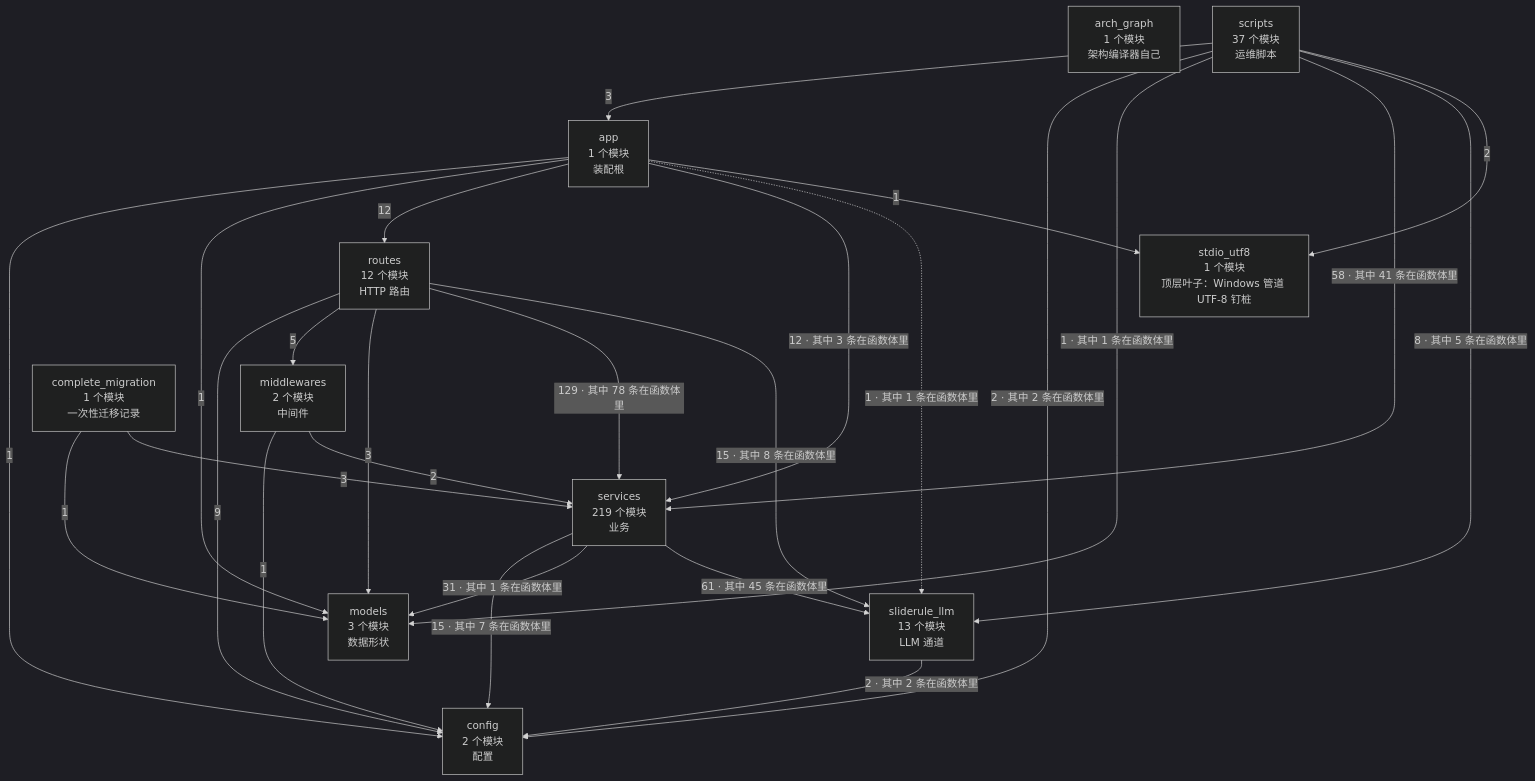
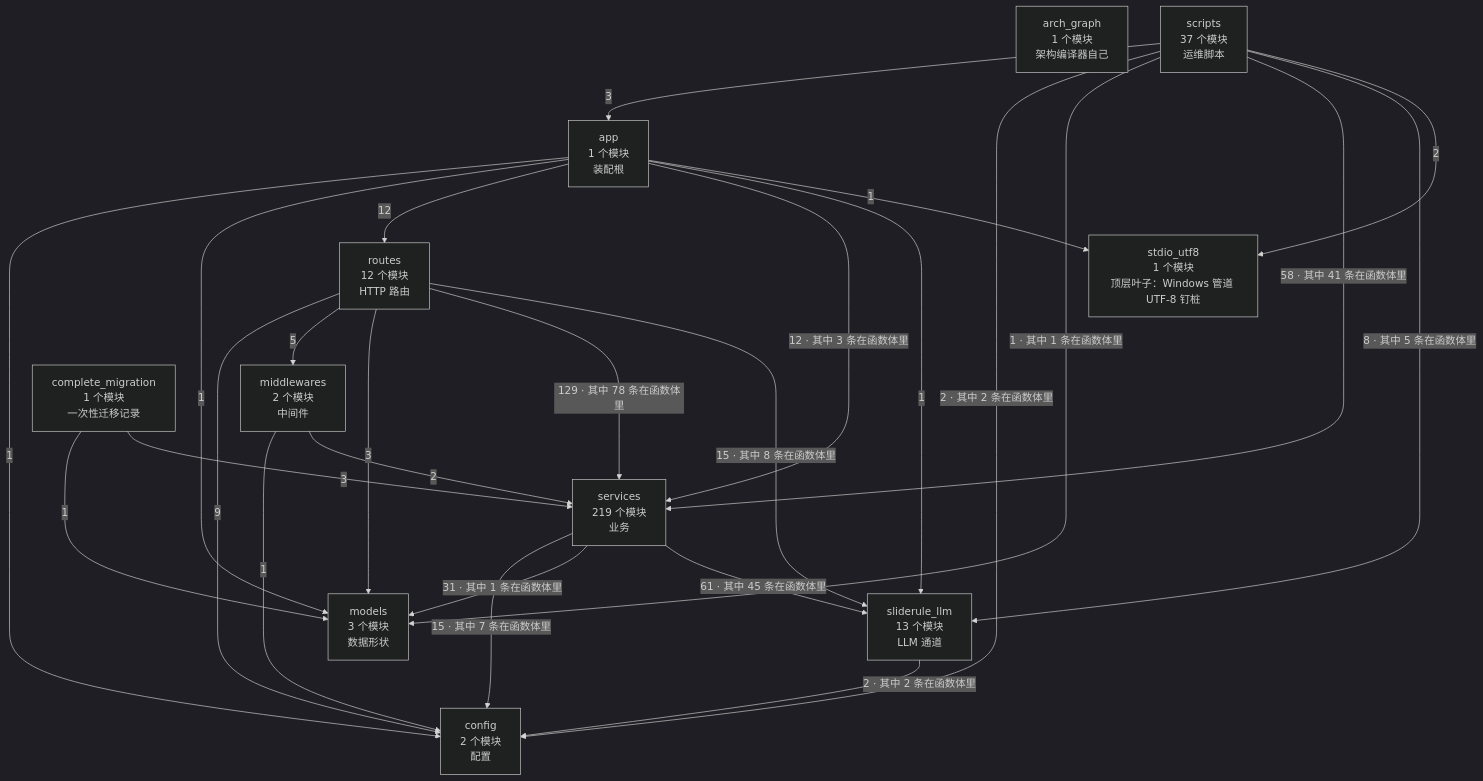
The second of 4 diagrams in docs/SlideRule V6.2 架构图（自动生成）.md (2686521696/WhyBuddy), drawn with Mermaid (dark theme) before and after one commit. The commit also changed other lines of this file and 3 other files, not shown here.

````diff
--- a/docs/SlideRule V6.2 架构图（自动生成）.md
+++ b/docs/SlideRule V6.2 架构图（自动生成）.md
@@ -60,39 +60,39 @@
 ```mermaid
 flowchart TB
   arch_graph["arch_graph<br/>1 个模块<br/>架构编译器自己"]
   config["config<br/>2 个模块<br/>配置"]
   models["models<br/>3 个模块<br/>数据形状"]
   stdio_utf8["stdio_utf8<br/>1 个模块<br/>顶层叶子：Windows 管道 UTF-8 钉桩"]
   sliderule_llm["sliderule_llm<br/>13 个模块<br/>LLM 通道"]
   middlewares["middlewares<br/>2 个模块<br/>中间件"]
   services["services<br/>219 个模块<br/>业务"]
   routes["routes<br/>12 个模块<br/>HTTP 路由"]
   app["app<br/>1 个模块<br/>装配根"]
   complete_migration["complete_migration<br/>1 个模块<br/>一次性迁移记录"]
   scripts["scripts<br/>37 个模块<br/>运维脚本"]
   app -->|1| config
   app -->|1| models
   app -->|12| routes
   app -->|12 · 其中 3 条在函数体里| services
-  app -.->|1 · 其中 1 条在函数体里| sliderule_llm
+  app -->|1| sliderule_llm
   app -->|1| stdio_utf8
   complete_migration -->|1| models
   complete_migration -->|3| services
   middlewares -->|1| config
   middlewares -->|2| services
   routes -->|9| config
   routes -->|5| middlewares
   routes -->|3| models
   routes -->|129 · 其中 78 条在函数体里| services
   routes -->|15 · 其中 8 条在函数体里| sliderule_llm
   scripts -->|3| app
   scripts -->|2 · 其中 2 条在函数体里| config
   scripts -->|1 · 其中 1 条在函数体里| models
   scripts -->|58 · 其中 41 条在函数体里| services
   scripts -->|8 · 其中 5 条在函数体里| sliderule_llm
   scripts -->|2| stdio_utf8
   services -->|15 · 其中 7 条在函数体里| config
   services -->|31 · 其中 1 条在函数体里| models
   services -->|61 · 其中 45 条在函数体里| sliderule_llm
   sliderule_llm -->|2 · 其中 2 条在函数体里| config
 ```
````
